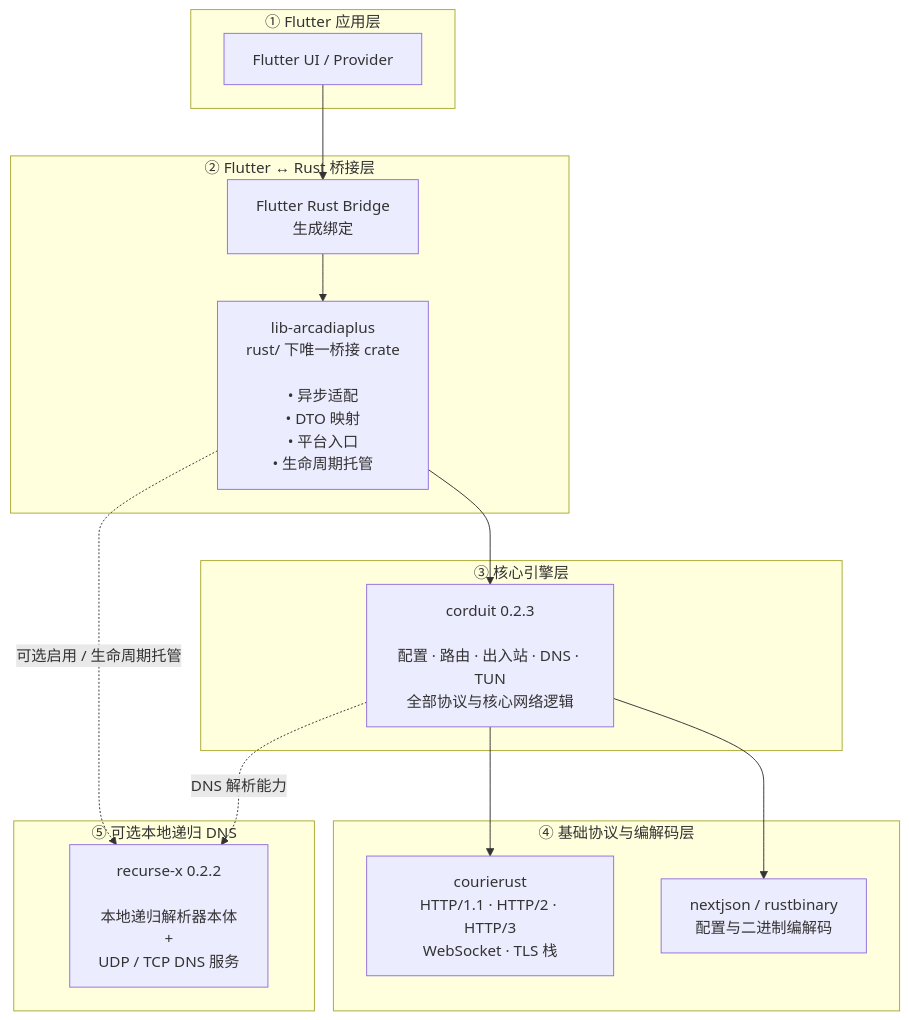
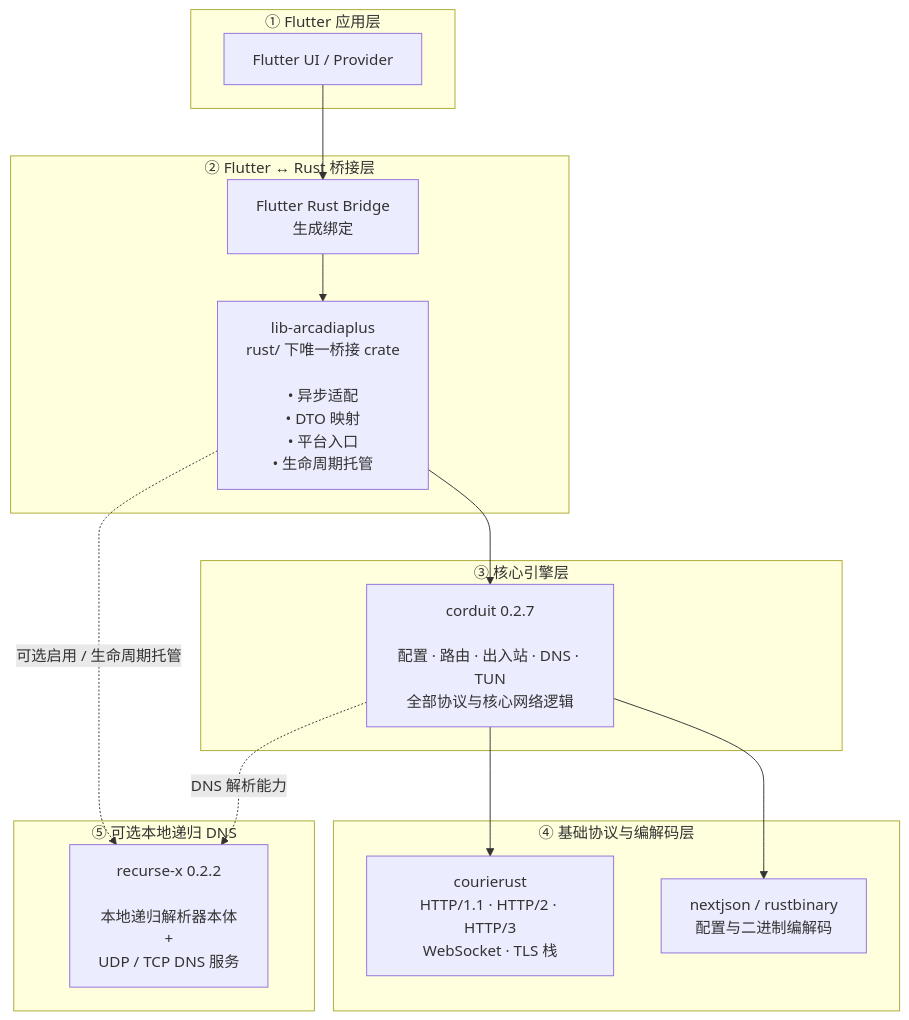
One commit to blueokanna/ArcadiaPlus changed the diagram in README.md. Above: the diagram before and after it, drawn with Mermaid. The commit also changed other lines of this file and 4 other files, not shown here.

````diff
--- a/README.md
+++ b/README.md
@@ -158,53 +158,53 @@
 ```mermaid
 flowchart TB
     %% =========================
     %% UI Layer
     %% =========================
     subgraph UI["① Flutter 应用层"]
         FLUTTER["Flutter UI / Provider"]
     end
 
     %% =========================
     %% Bridge Layer
     %% =========================
     subgraph BRIDGE["② Flutter ↔ Rust 桥接层"]
         FRB["Flutter Rust Bridge<br/>生成绑定"]
         ARC["lib-arcadiaplus<br/>rust/ 下唯一桥接 crate<br/><br/>• 异步适配<br/>• DTO 映射<br/>• 平台入口<br/>• 生命周期托管"]
     end
 
     %% =========================
     %% Engine Layer
     %% =========================
     subgraph ENGINE["③ 核心引擎层"]
-        CORDUIT["corduit 0.2.3<br/><br/>配置 · 路由 · 出入站 · DNS · TUN<br/>全部协议与核心网络逻辑"]
+        CORDUIT["corduit 0.2.7<br/><br/>配置 · 路由 · 出入站 · DNS · TUN<br/>全部协议与核心网络逻辑"]
     end
 
     %% =========================
     %% Foundation Layer
     %% =========================
     subgraph FOUNDATION["④ 基础协议与编解码层"]
         COURIER["courierust<br/>HTTP/1.1 · HTTP/2 · HTTP/3<br/>WebSocket · TLS 栈"]
 
         CODEC["nextjson / rustbinary<br/>配置与二进制编解码"]
     end
 
     %% =========================
     %% Optional DNS Resolver
     %% =========================
     subgraph OPTIONAL["⑤ 可选本地递归 DNS"]
         RECURSE["recurse-x 0.2.2<br/><br/>本地递归解析器本体<br/>+<br/>UDP / TCP DNS 服务"]
     end
 
     %% Main call path
     FLUTTER --> FRB
     FRB --> ARC
     ARC --> CORDUIT
 
     %% Engine dependencies
     CORDUIT --> COURIER
     CORDUIT --> CODEC
 
     %% Optional resolver lifecycle / integration
     ARC -. "可选启用 / 生命周期托管" .-> RECURSE
     CORDUIT -. "DNS 解析能力" .-> RECURSE
 ```
````
